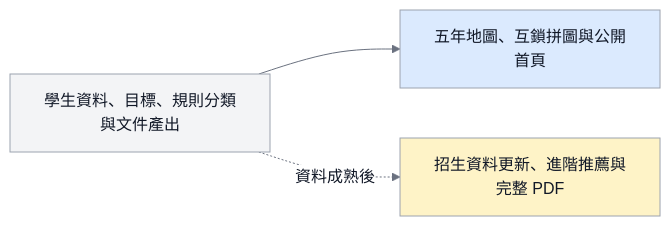
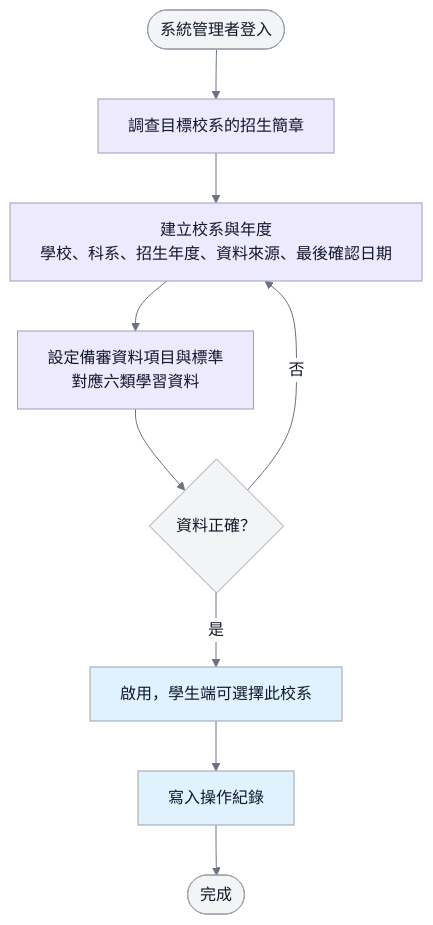
One commit to vujhdcusa/1028 changed the eighth of 13 diagrams in docs/04_圖表與介面/diagrams.md. Above: the diagram before and after it, drawn with Mermaid. The commit also changed other lines of this file and 116 other files, not shown here.

````diff
--- a/docs/04_圖表與介面/diagrams.md
+++ b/docs/04_圖表與介面/diagrams.md
@@ -140,10 +295,21 @@
 ```mermaid
-%%{init: {'theme':'base','themeVariables': {'fontFamily':'Microsoft JhengHei, Noto Sans TC, Arial, sans-serif','primaryColor':'#F3F4F6','primaryTextColor':'#111827','primaryBorderColor':'#9CA3AF','lineColor':'#6B7280','edgeLabelBackground':'#FFFFFF'}}}%%
-flowchart LR
-    classDef p0 fill:#F3F4F6,stroke:#9CA3AF,color:#111827,stroke-width:1px;
-    classDef p2 fill:#DBEAFE,stroke:#9CA3AF,color:#111827,stroke-width:1px;
-    classDef future fill:#FEF3C7,stroke:#9CA3AF,color:#111827,stroke-width:1px;
+%%{init: {'theme':'base','themeVariables': {'fontFamily':'Microsoft JhengHei, Noto Sans TC, Arial, sans-serif','primaryColor':'#F3F4F6','primaryTextColor':'#111827','primaryBorderColor':'#9CA3AF','lineColor':'#6B7280','edgeLabelBackground':'#FFFFFF'},'flowchart':{'wrappingWidth':400}}}%%
+flowchart TD
+    classDef student fill:#DBEAFE,stroke:#9CA3AF,color:#111827,stroke-width:1px;
+    classDef teacher fill:#DCFCE7,stroke:#9CA3AF,color:#111827,stroke-width:1px;
+    classDef admin fill:#EDE9FE,stroke:#9CA3AF,color:#111827,stroke-width:1px;
+    classDef system fill:#E0F2FE,stroke:#9CA3AF,color:#111827,stroke-width:1px;
+    classDef store fill:#F3F4F6,stroke:#9CA3AF,color:#111827,stroke-width:1px;
+    classDef ai fill:#FFEDD5,stroke:#9CA3AF,color:#111827,stroke-width:1px;
+    classDef alert fill:#FEE2E2,stroke:#9CA3AF,color:#111827,stroke-width:1px;
+    classDef pending fill:#FFFFFF,stroke:#9CA3AF,color:#6B7280,stroke-width:1px,stroke-dasharray:5 3;
 
-    Core[學生資料、目標、規則分類與文件產出]:::p0 --> Experience[五年地圖、互鎖拼圖與公開首頁]:::p2
-    Core -.資料成熟後.-> Future[招生資料更新、進階推薦與完整 PDF]:::future
+    Start([系統管理者登入]) --> Survey[調查目標校系的招生簡章]:::admin
+    Survey --> Program[建立校系與年度<br/>學校、科系、招生年度、資料來源、最後確認日期]:::admin
+    Program --> Items[設定備審資料項目與標準<br/>對應六類學習資料]:::admin
+    Items --> Correct{資料正確？}
+    Correct -- 否 --> Program
+    Correct -- 是 --> Publish[啟用，學生端可選擇此校系]:::system
+    Publish --> Log[寫入操作紀錄]:::system
+    Log --> End([完成])
 ```
````
